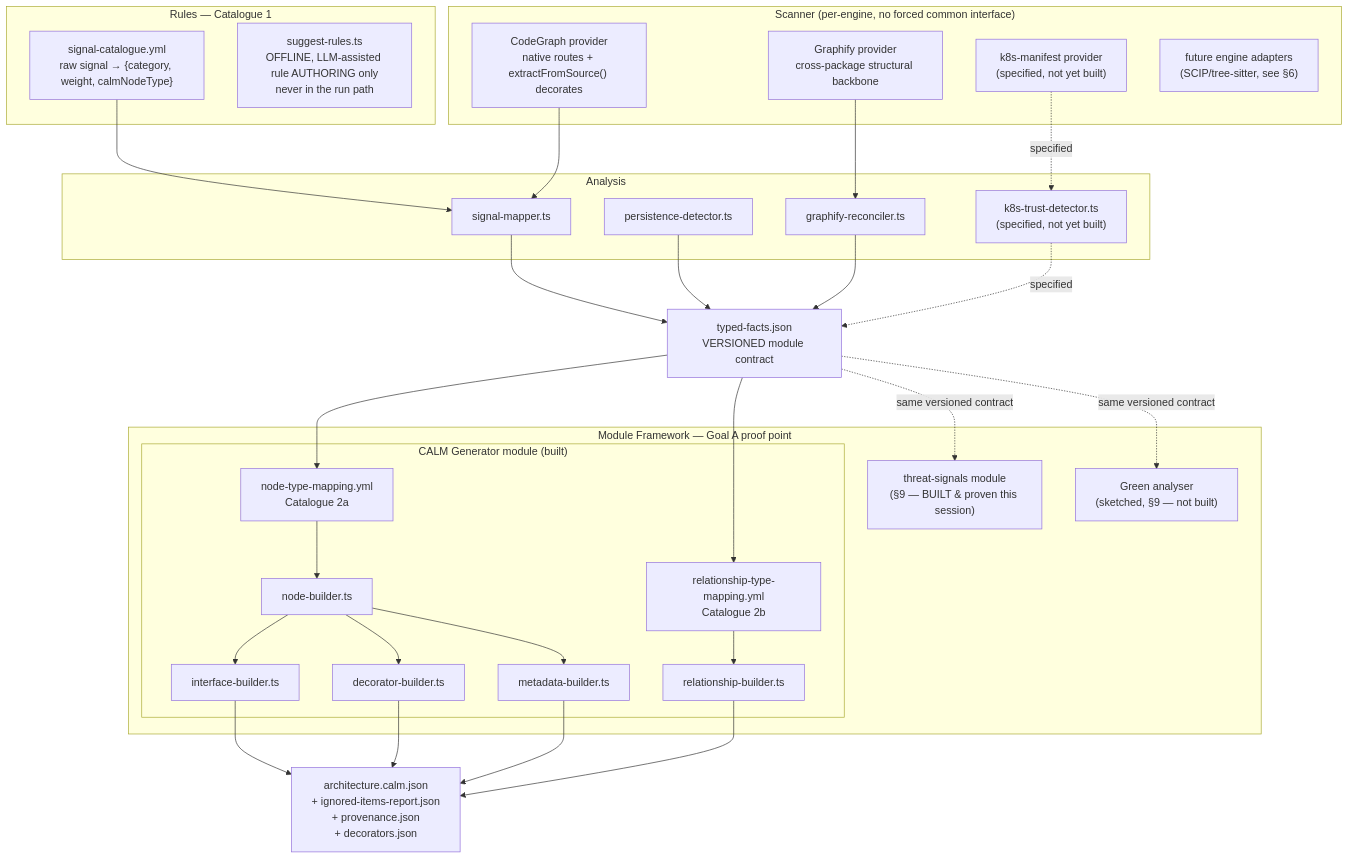
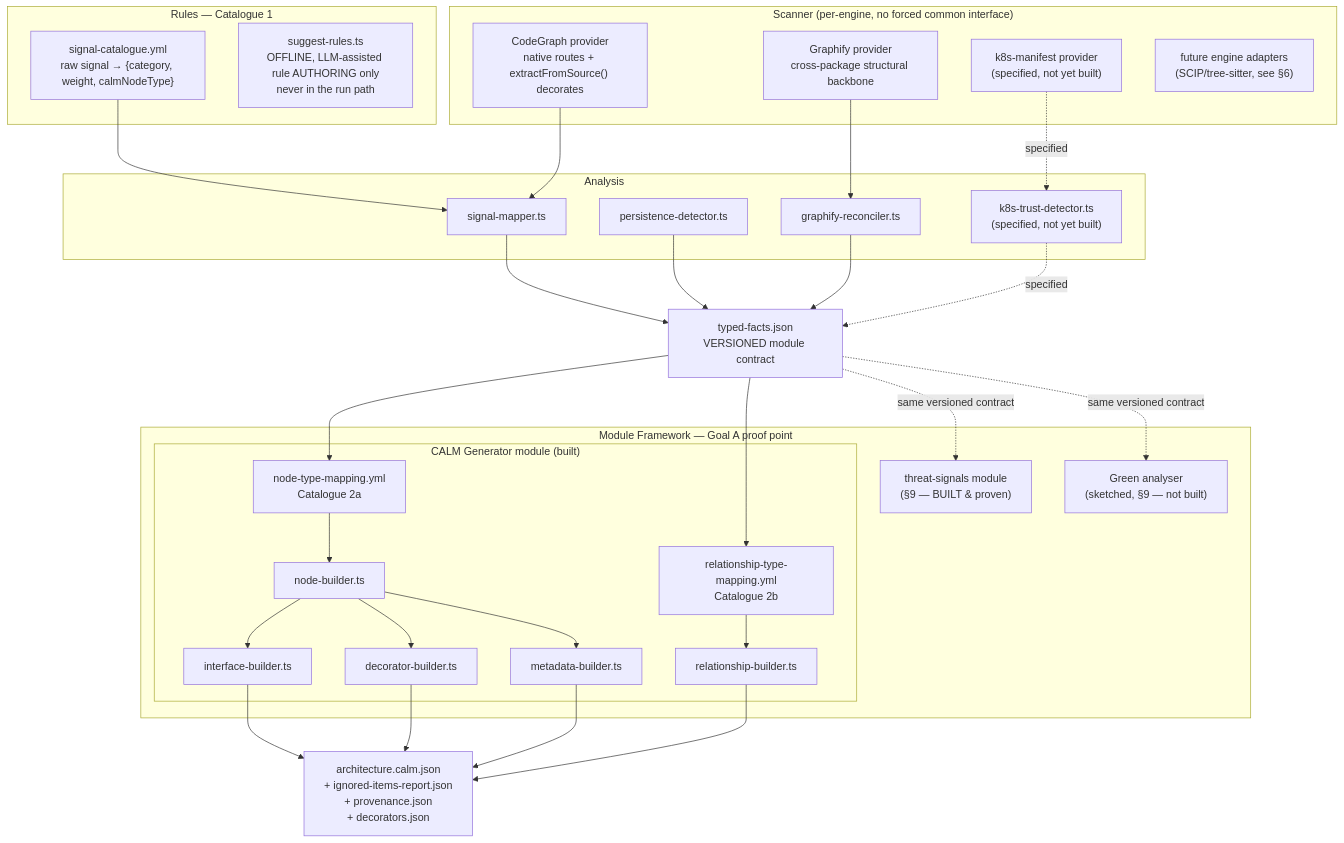
One commit to gowrishankar005/cc changed the diagram in docs/solution/Architecture_as_Code_Solution_Design_v2.md. Above: the diagram before and after it, drawn with Mermaid. The commit also changed other lines of this file and 2 other files, not shown here.

````diff
--- a/docs/solution/Architecture_as_Code_Solution_Design_v2.md
+++ b/docs/solution/Architecture_as_Code_Solution_Design_v2.md
@@ -94,61 +91,61 @@
 ```mermaid
 flowchart TB
     subgraph Scanner["Scanner (per-engine, no forced common interface)"]
         CG["CodeGraph provider<br/>native routes + extractFromSource() decorates"]
         GF["Graphify provider<br/>cross-package structural backbone"]
         K8S["k8s-manifest provider<br/>(specified, not yet built)"]
         FUT["future engine adapters<br/>(SCIP/tree-sitter, see §6)"]
     end
 
     subgraph Rules["Rules — Catalogue 1"]
         SC["signal-catalogue.yml<br/>raw signal → {category, weight, calmNodeType}"]
         SR["suggest-rules.ts<br/>OFFLINE, LLM-assisted rule AUTHORING only<br/>never in the run path"]
     end
 
     subgraph Analysis["Analysis"]
         SM["signal-mapper.ts"]
         PD["persistence-detector.ts"]
         GR["graphify-reconciler.ts"]
         K8T["k8s-trust-detector.ts<br/>(specified, not yet built)"]
     end
 
     TF["typed-facts.json<br/>VERSIONED module contract"]
 
     subgraph Modules["Module Framework — Goal A proof point"]
         subgraph CALMGEN["CALM Generator module (built)"]
             NM["node-type-mapping.yml<br/>Catalogue 2a"]
             RM["relationship-type-mapping.yml<br/>Catalogue 2b"]
             NB["node-builder.ts"]
             IB["interface-builder.ts"]
             RB["relationship-builder.ts"]
             DB["decorator-builder.ts"]
             MB["metadata-builder.ts"]
         end
-        THREAT["threat-signals module<br/>(§9 — BUILT & proven this session)"]
+        THREAT["threat-signals module<br/>(§9 — BUILT & proven)"]
         GREEN["Green analyser<br/>(sketched, §9 — not built)"]
     end
 
     OUT["architecture.calm.json<br/>+ ignored-items-report.json<br/>+ provenance.json<br/>+ decorators.json"]
 
     CG --> SM
     GF --> GR
     K8S -.->|specified| K8T
     SC --> SM
     SM --> TF
     PD --> TF
     GR --> TF
     K8T -.->|specified| TF
     TF --> NM
     TF --> RM
     NM --> NB
     RM --> RB
     NB --> IB
     NB --> DB
     NB --> MB
     IB --> OUT
     RB --> OUT
     DB --> OUT
     MB --> OUT
     TF -.->|same versioned contract| THREAT
     TF -.->|same versioned contract| GREEN
 ```
````
